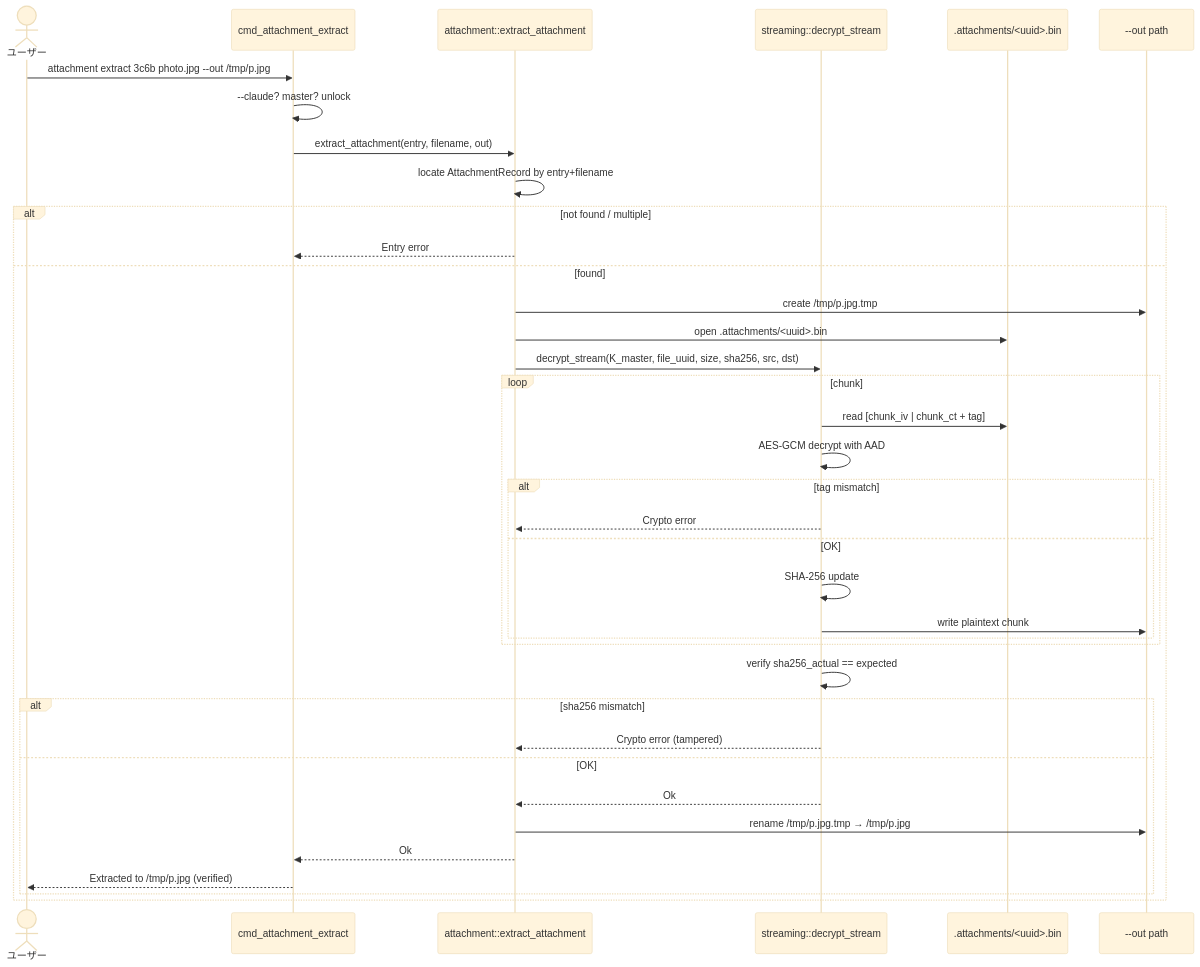
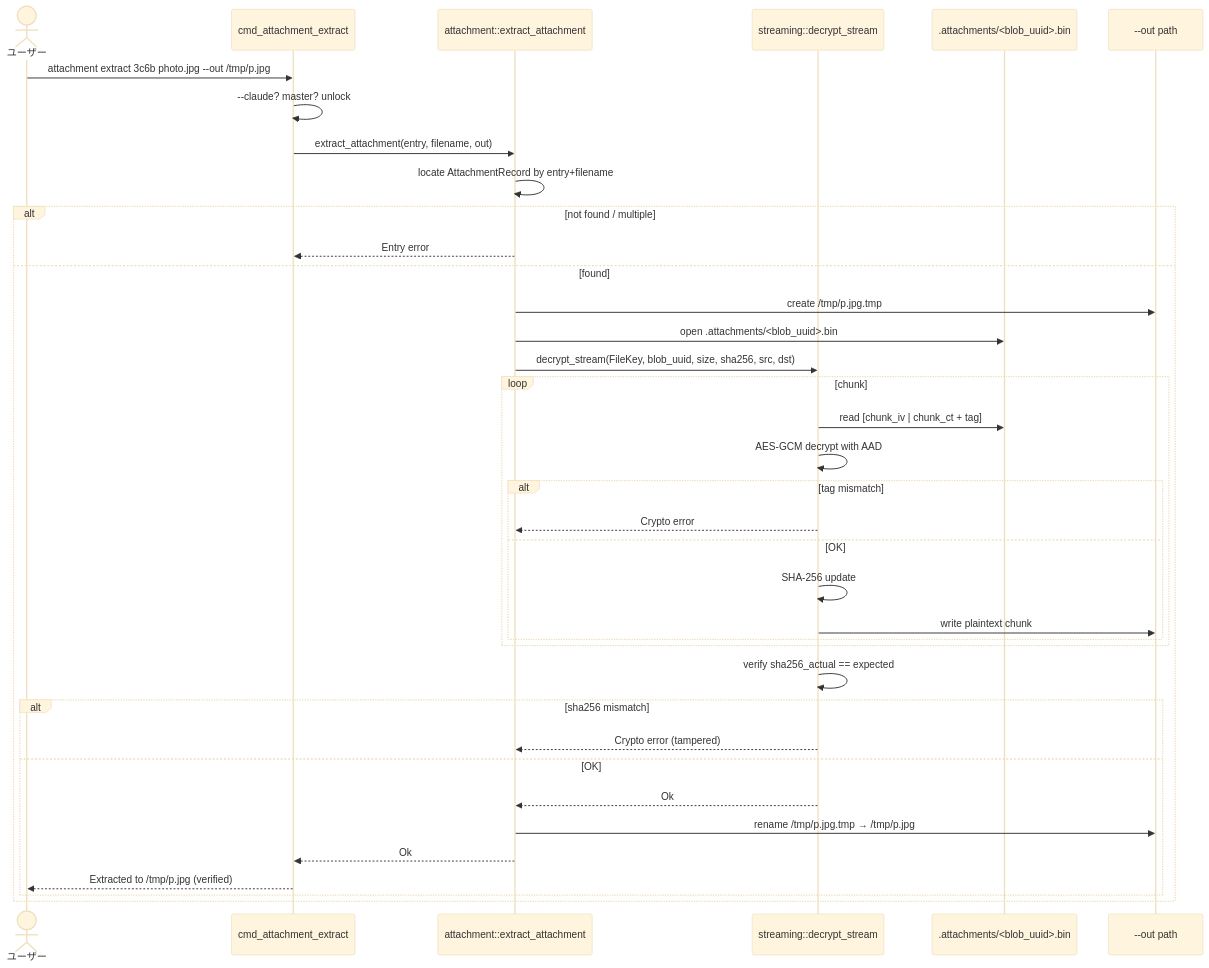
One commit to sudolifeagain/pq-diary changed the third of 8 diagrams in docs/design/s13-attachments/dataflow.md. Above: the diagram before and after it, drawn with Mermaid (base theme). The commit also changed other lines of this file and 11 other files, not shown here.

````diff
--- a/docs/design/s13-attachments/dataflow.md
+++ b/docs/design/s13-attachments/dataflow.md
@@ -86,40 +91,40 @@
 ```mermaid
 sequenceDiagram
     actor U as ユーザー
     participant CMD as cmd_attachment_extract
     participant ATT as attachment::extract_attachment
     participant STR as streaming::decrypt_stream
-    participant FS_in as .attachments/<uuid>.bin
+    participant FS_in as .attachments/<blob_uuid>.bin
     participant FS_out as --out path
 
     U->>CMD: attachment extract 3c6b photo.jpg --out /tmp/p.jpg
     CMD->>CMD: --claude? master? unlock
     CMD->>ATT: extract_attachment(entry, filename, out)
     ATT->>ATT: locate AttachmentRecord by entry+filename
     alt not found / multiple
         ATT-->>CMD: Entry error
     else found
         ATT->>FS_out: create /tmp/p.jpg.tmp
-        ATT->>FS_in: open .attachments/<uuid>.bin
-        ATT->>STR: decrypt_stream(K_master, file_uuid, size, sha256, src, dst)
+        ATT->>FS_in: open .attachments/<blob_uuid>.bin
+        ATT->>STR: decrypt_stream(FileKey, blob_uuid, size, sha256, src, dst)
         loop chunk
             STR->>FS_in: read [chunk_iv | chunk_ct + tag]
             STR->>STR: AES-GCM decrypt with AAD
             alt tag mismatch
                 STR-->>ATT: Crypto error
             else OK
                 STR->>STR: SHA-256 update
                 STR->>FS_out: write plaintext chunk
             end
         end
         STR->>STR: verify sha256_actual == expected
         alt sha256 mismatch
             STR-->>ATT: Crypto error (tampered)
         else OK
             STR-->>ATT: Ok
             ATT->>FS_out: rename /tmp/p.jpg.tmp → /tmp/p.jpg
             ATT-->>CMD: Ok
             CMD-->>U: Extracted to /tmp/p.jpg (verified)
         end
     end
 ```
````
